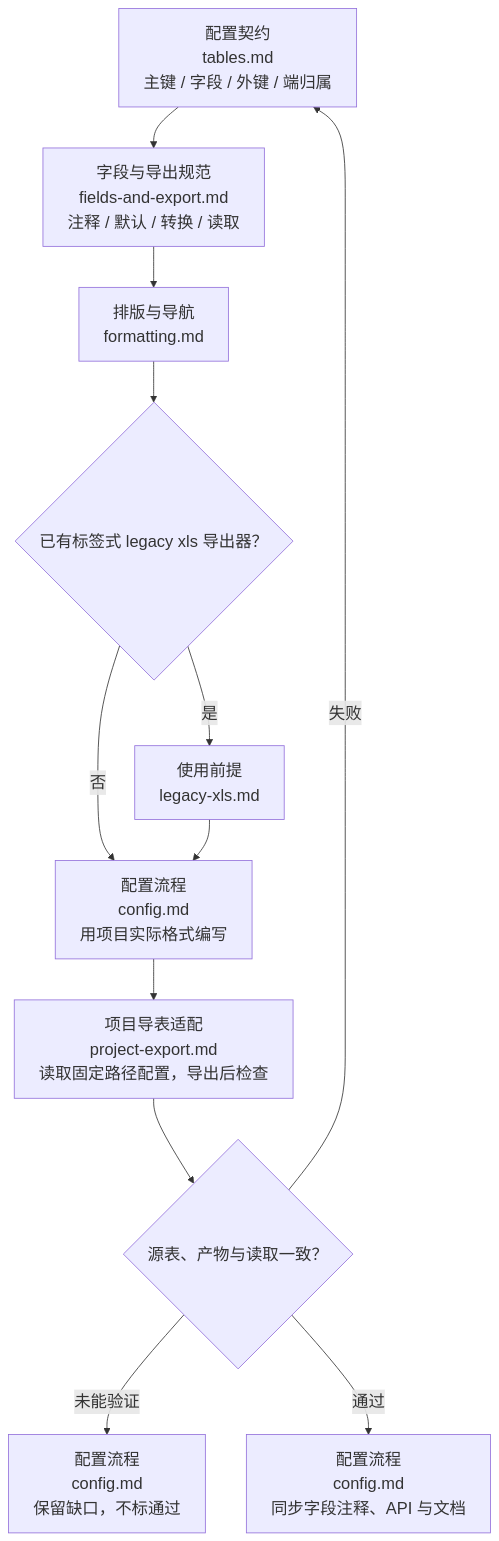
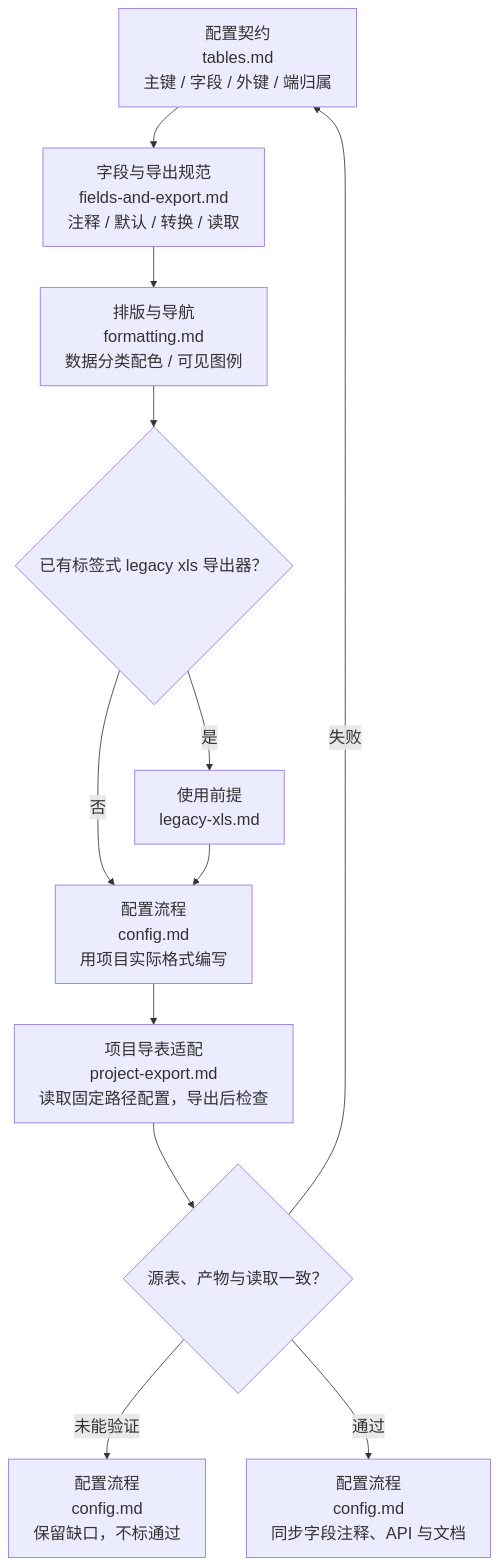
The second of 2 diagrams in game-excel-config/SKILL.md (229196637/game-development-skills), drawn with Mermaid before and after one commit. The commit also changed other lines of this file and 1 other file, not shown here.

Commit message:
docs(config): require readable Excel data category colors and legends

````diff
--- a/game-excel-config/SKILL.md
+++ b/game-excel-config/SKILL.md
@@ -55,23 +55,23 @@
 ```mermaid
 %%{init: {"themeVariables": {"fontSize": "20px"}, "flowchart": {"wrappingWidth": 360}}}%%
 flowchart TD
   Fields["配置契约<br/>tables.md<br/>主键 / 字段 / 外键 / 端归属"] --> Map["字段与导出规范<br/>fields-and-export.md<br/>注释 / 默认 / 转换 / 读取"]
-  Map --> Layout["排版与导航<br/>formatting.md"]
+  Map --> Layout["排版与导航<br/>formatting.md<br/>数据分类配色 / 可见图例"]
   Layout --> Legacy{"已有标签式 legacy xls 导出器？"}
   Legacy -->|是| Adapter["使用前提<br/>legacy-xls.md"]
   Legacy -->|否| Write["配置流程<br/>config.md<br/>用项目实际格式编写"]
   Adapter --> Write
   Write --> Export["项目导表适配<br/>project-export.md<br/>读取固定路径配置，导出后检查"]
   Export --> Check{"源表、产物与读取一致？"}
   Check -->|失败| Fields
   Check -->|未能验证| Pending["配置流程<br/>config.md<br/>保留缺口，不标通过"]
   Check -->|通过| Sync["配置流程<br/>config.md<br/>同步字段注释、API 与文档"]
   click Fields "references/contracts/tables.md"
   click Map "references/contracts/fields-and-export.md"
   click Layout "references/contracts/formatting.md"
   click Adapter "references/adapters/legacy-xls.md"
   click Write "references/workflows/config.md"
   click Export "references/adapters/project-export.md"
   click Pending "references/workflows/config.md"
   click Sync "references/workflows/config.md"
 ```
````
